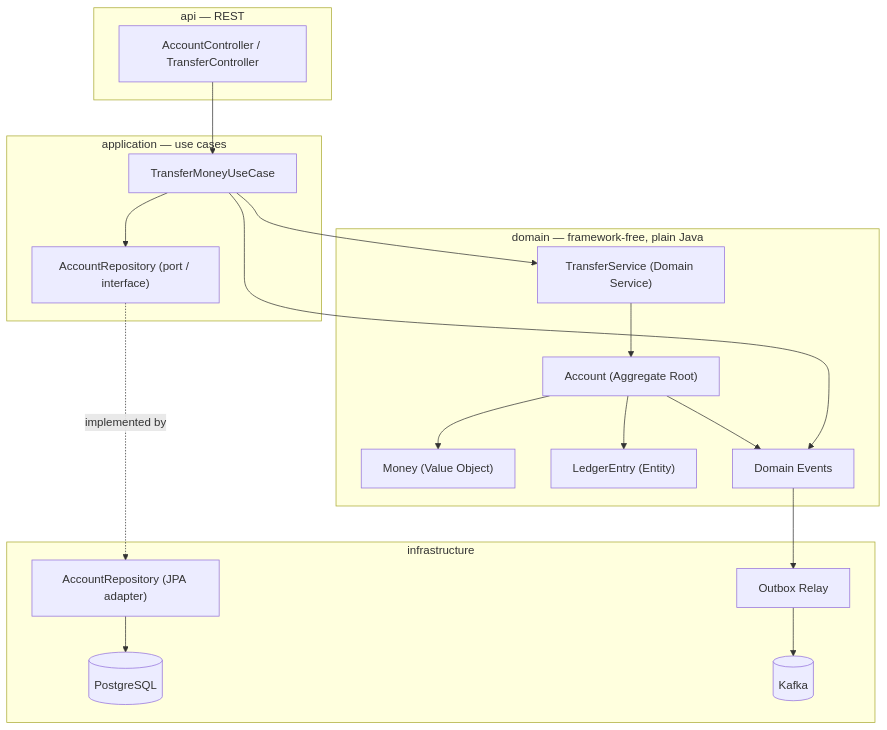
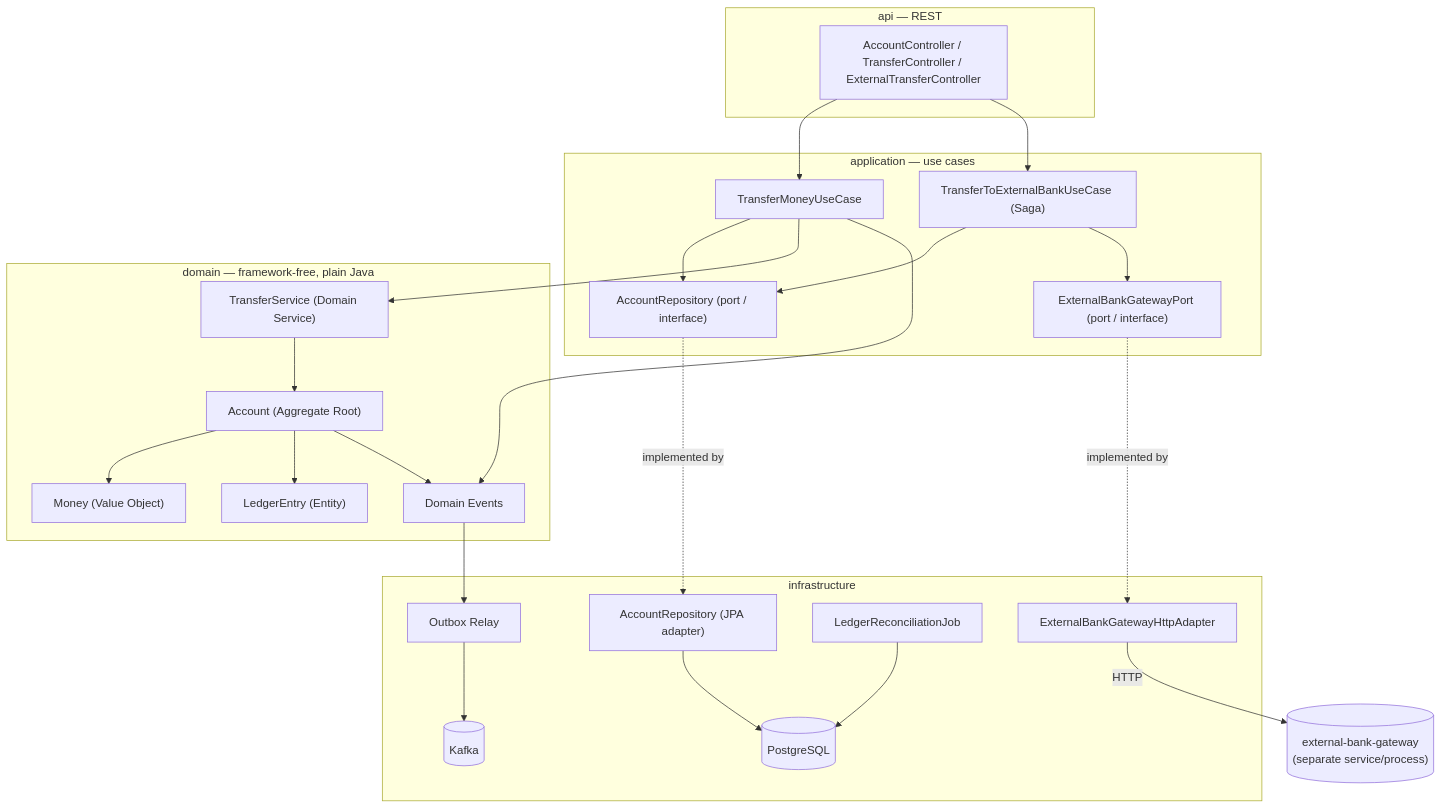
Before and after one commit to ihsanguldur/core-ledger: the diagram in README.md, drawn with Mermaid. The commit also changed other lines of this file and 13 other files, not shown here.

First line of the commit message:
feat: Saga transfer to external bank + Swagger

````diff
--- a/README.md
+++ b/README.md
@@ -17,39 +20,51 @@
 ```mermaid
 graph TB
     subgraph API["api — REST"]
-        Controller["AccountController / TransferController"]
+        Controller["AccountController / TransferController / ExternalTransferController"]
     end
 
     subgraph APP["application — use cases"]
         UseCase["TransferMoneyUseCase"]
+        ExtUseCase["TransferToExternalBankUseCase (Saga)"]
         Port["AccountRepository (port / interface)"]
+        ExtPort["ExternalBankGatewayPort (port / interface)"]
     end
 
     subgraph DOMAIN["domain — framework-free, plain Java"]
         Account["Account (Aggregate Root)"]
         Money["Money (Value Object)"]
         LedgerEntry["LedgerEntry (Entity)"]
         TransferService["TransferService (Domain Service)"]
         Events["Domain Events"]
     end
 
     subgraph INFRA["infrastructure"]
         JPA["AccountRepository (JPA adapter)"]
         DB[("PostgreSQL")]
         Outbox["Outbox Relay"]
         Kafka[("Kafka")]
+        Reconciliation["LedgerReconciliationJob"]
+        HttpAdapter["ExternalBankGatewayHttpAdapter"]
     end
 
+    Gateway[("external-bank-gateway\n(separate service/process)")]
+
     Controller --> UseCase
+    Controller --> ExtUseCase
     UseCase --> Port
     UseCase --> TransferService
     UseCase --> Events
+    ExtUseCase --> Port
+    ExtUseCase --> ExtPort
     TransferService --> Account
     Account --> Money
     Account --> LedgerEntry
     Account --> Events
     Port -. implemented by .-> JPA
+    ExtPort -. implemented by .-> HttpAdapter
+    HttpAdapter -- HTTP --> Gateway
     JPA --> DB
+    Reconciliation --> DB
     Events --> Outbox
     Outbox --> Kafka
 ```
````
